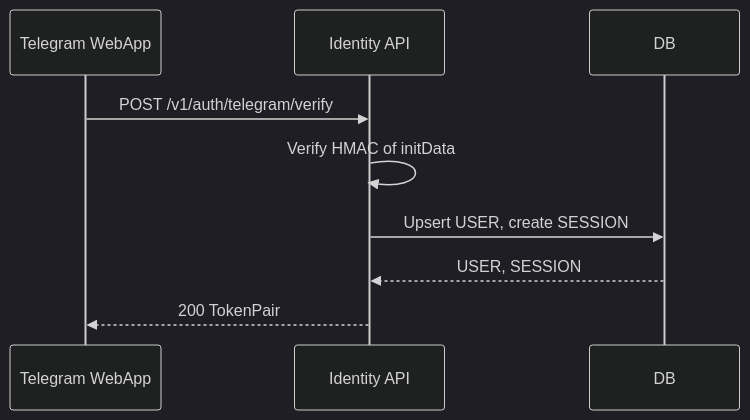
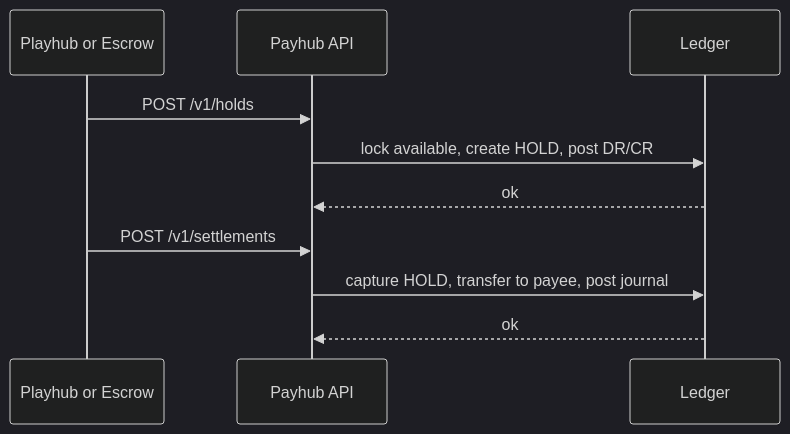
One commit to bkkac/tg-miniapp-payhub-service changed the third of 7 diagrams in SystemDesign.md. Above: the diagram before and after it, drawn with Mermaid (dark theme). The commit also changed other lines of this file, not shown here.

````diff
--- a/SystemDesign.md
+++ b/SystemDesign.md
@@ -1018,11 +986,12 @@
 ```mermaid
 sequenceDiagram
-  participant TG as Telegram WebApp
-  participant API as Identity API
-  participant DB as DB
-  TG->>API: POST /v1/auth/telegram/verify
-  API->>API: Verify HMAC of initData
-  API->>DB: Upsert USER, create SESSION
-  DB-->>API: USER, SESSION
-  API-->>TG: 200 TokenPair
+  participant SVC as Playhub or Escrow
+  participant PH as Payhub API
+  participant DB as Ledger
+  SVC->>PH: POST /v1/holds
+  PH->>DB: lock available, create HOLD, post DR/CR
+  DB-->>PH: ok
+  SVC->>PH: POST /v1/settlements
+  PH->>DB: capture HOLD, transfer to payee, post journal
+  DB-->>PH: ok
 ```
````
